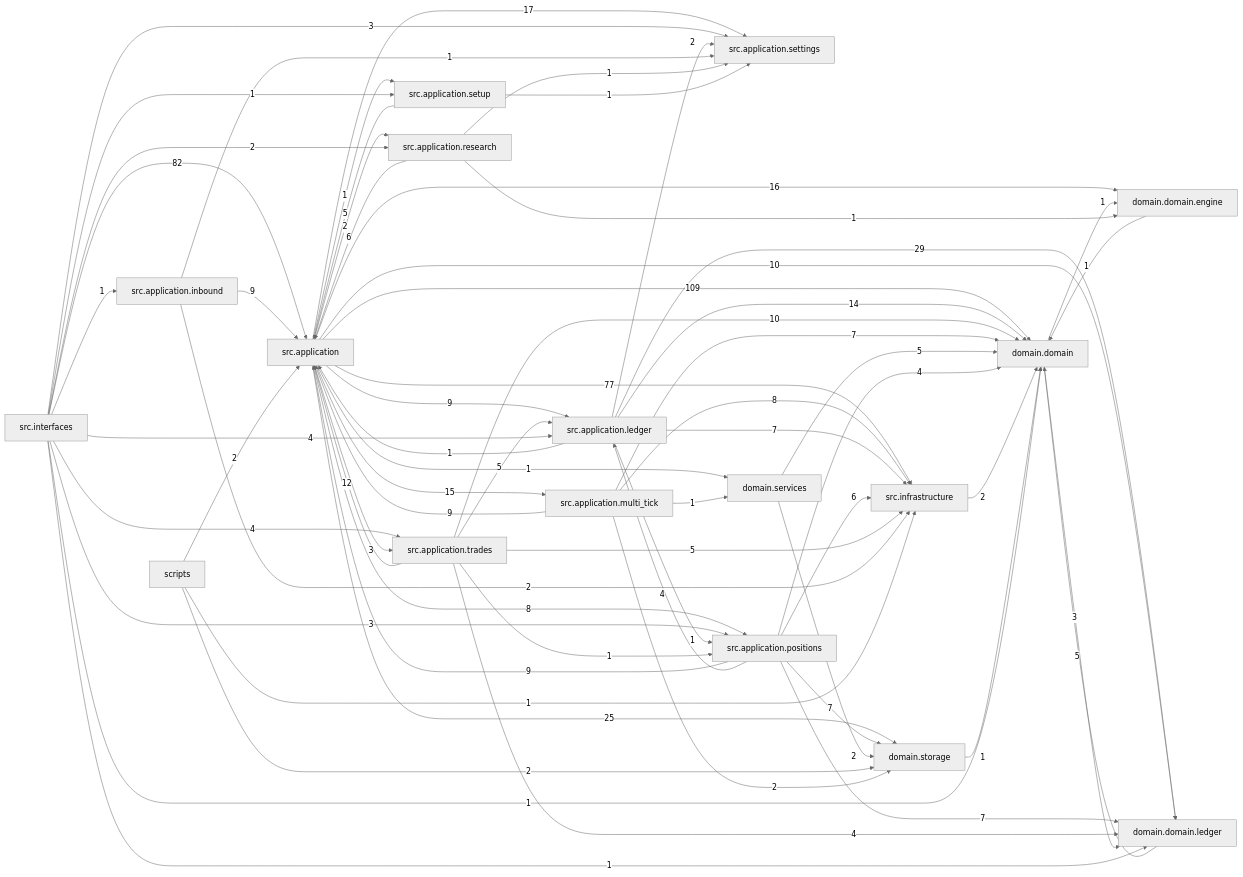
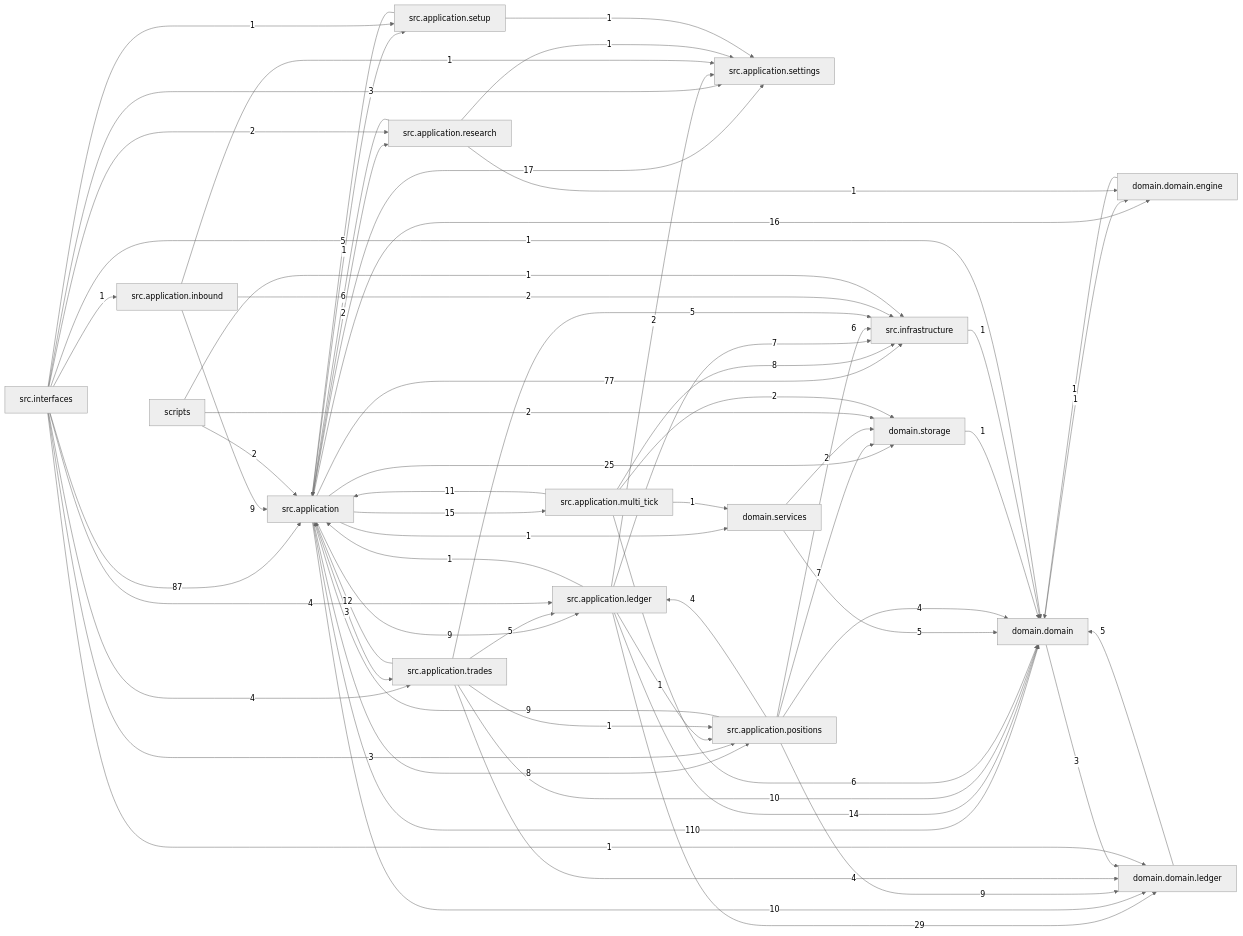
The diagram in docs/dependency_graph.mmd (liuxie066/options-monitor), drawn with Mermaid (neutral theme) before and after one commit. The commit also changed 80 other files, not shown here.

```diff
--- a/docs/dependency_graph.mmd
+++ b/docs/dependency_graph.mmd
@@ -1,66 +1,66 @@
 flowchart LR
-  src_application["src.application"] -->|109| domain_domain["domain.domain"]
-  src_interfaces["src.interfaces"] -->|82| src_application["src.application"]
+  src_application["src.application"] -->|110| domain_domain["domain.domain"]
+  src_interfaces["src.interfaces"] -->|87| src_application["src.application"]
   src_application["src.application"] -->|77| src_infrastructure["src.infrastructure"]
   src_application_ledger["src.application.ledger"] -->|29| domain_domain_ledger["domain.domain.ledger"]
   src_application["src.application"] -->|25| domain_storage["domain.storage"]
   src_application["src.application"] -->|17| src_application_settings["src.application.settings"]
   src_application["src.application"] -->|16| domain_domain_engine["domain.domain.engine"]
   src_application["src.application"] -->|15| src_application_multi_tick["src.application.multi_tick"]
   src_application_ledger["src.application.ledger"] -->|14| domain_domain["domain.domain"]
   src_application_trades["src.application.trades"] -->|12| src_application["src.application"]
+  src_application_multi_tick["src.application.multi_tick"] -->|11| src_application["src.application"]
   src_application["src.application"] -->|10| domain_domain_ledger["domain.domain.ledger"]
   src_application_trades["src.application.trades"] -->|10| domain_domain["domain.domain"]
   src_application["src.application"] -->|9| src_application_ledger["src.application.ledger"]
   src_application_inbound["src.application.inbound"] -->|9| src_application["src.application"]
-  src_application_multi_tick["src.application.multi_tick"] -->|9| src_application["src.application"]
+  src_application_positions["src.application.positions"] -->|9| domain_domain_ledger["domain.domain.ledger"]
   src_application_positions["src.application.positions"] -->|9| src_application["src.application"]
   src_application["src.application"] -->|8| src_application_positions["src.application.positions"]
   src_application_multi_tick["src.application.multi_tick"] -->|8| src_infrastructure["src.infrastructure"]
   src_application_ledger["src.application.ledger"] -->|7| src_infrastructure["src.infrastructure"]
-  src_application_multi_tick["src.application.multi_tick"] -->|7| domain_domain["domain.domain"]
-  src_application_positions["src.application.positions"] -->|7| domain_domain_ledger["domain.domain.ledger"]
   src_application_positions["src.application.positions"] -->|7| domain_storage["domain.storage"]
+  src_application_multi_tick["src.application.multi_tick"] -->|6| domain_domain["domain.domain"]
   src_application_positions["src.application.positions"] -->|6| src_infrastructure["src.infrastructure"]
   src_application_research["src.application.research"] -->|6| src_application["src.application"]
   domain_domain_ledger["domain.domain.ledger"] -->|5| domain_domain["domain.domain"]
   domain_services["domain.services"] -->|5| domain_domain["domain.domain"]
   src_application_setup["src.application.setup"] -->|5| src_application["src.application"]
   src_application_trades["src.application.trades"] -->|5| src_application_ledger["src.application.ledger"]
   src_application_trades["src.application.trades"] -->|5| src_infrastructure["src.infrastructure"]
   src_application_positions["src.application.positions"] -->|4| domain_domain["domain.domain"]
   src_application_positions["src.application.positions"] -->|4| src_application_ledger["src.application.ledger"]
   src_application_trades["src.application.trades"] -->|4| domain_domain_ledger["domain.domain.ledger"]
   src_interfaces["src.interfaces"] -->|4| src_application_ledger["src.application.ledger"]
   src_interfaces["src.interfaces"] -->|4| src_application_trades["src.application.trades"]
   domain_domain["domain.domain"] -->|3| domain_domain_ledger["domain.domain.ledger"]
   src_application["src.application"] -->|3| src_application_trades["src.application.trades"]
   src_interfaces["src.interfaces"] -->|3| src_application_positions["src.application.positions"]
   src_interfaces["src.interfaces"] -->|3| src_application_settings["src.application.settings"]
   domain_services["domain.services"] -->|2| domain_storage["domain.storage"]
   scripts["scripts"] -->|2| domain_storage["domain.storage"]
   scripts["scripts"] -->|2| src_application["src.application"]
   src_application["src.application"] -->|2| src_application_research["src.application.research"]
   src_application_inbound["src.application.inbound"] -->|2| src_infrastructure["src.infrastructure"]
   src_application_ledger["src.application.ledger"] -->|2| src_application_settings["src.application.settings"]
   src_application_multi_tick["src.application.multi_tick"] -->|2| domain_storage["domain.storage"]
-  src_infrastructure["src.infrastructure"] -->|2| domain_domain["domain.domain"]
   src_interfaces["src.interfaces"] -->|2| src_application_research["src.application.research"]
   domain_domain["domain.domain"] -->|1| domain_domain_engine["domain.domain.engine"]
   domain_domain_engine["domain.domain.engine"] -->|1| domain_domain["domain.domain"]
   domain_storage["domain.storage"] -->|1| domain_domain["domain.domain"]
   scripts["scripts"] -->|1| src_infrastructure["src.infrastructure"]
   src_application["src.application"] -->|1| domain_services["domain.services"]
   src_application["src.application"] -->|1| src_application_setup["src.application.setup"]
   src_application_inbound["src.application.inbound"] -->|1| src_application_settings["src.application.settings"]
   src_application_ledger["src.application.ledger"] -->|1| src_application["src.application"]
   src_application_ledger["src.application.ledger"] -->|1| src_application_positions["src.application.positions"]
   src_application_multi_tick["src.application.multi_tick"] -->|1| domain_services["domain.services"]
   src_application_research["src.application.research"] -->|1| domain_domain_engine["domain.domain.engine"]
   src_application_research["src.application.research"] -->|1| src_application_settings["src.application.settings"]
   src_application_setup["src.application.setup"] -->|1| src_application_settings["src.application.settings"]
   src_application_trades["src.application.trades"] -->|1| src_application_positions["src.application.positions"]
+  src_infrastructure["src.infrastructure"] -->|1| domain_domain["domain.domain"]
   src_interfaces["src.interfaces"] -->|1| domain_domain["domain.domain"]
   src_interfaces["src.interfaces"] -->|1| domain_domain_ledger["domain.domain.ledger"]
   src_interfaces["src.interfaces"] -->|1| src_application_inbound["src.application.inbound"]
   src_interfaces["src.interfaces"] -->|1| src_application_setup["src.application.setup"]
```
